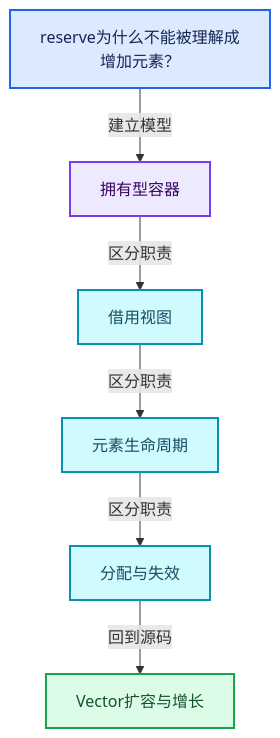
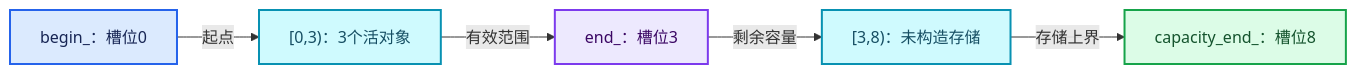
Before and after one commit to yunkezengren/blender-.vscode: the first of 5 diagrams in 杂/markdown/全面学习-codex/01-基础容器与现代CPP/10-Vector扩容与增长.md, drawn with Mermaid. The commit also changed other lines of this file and 1930 other files, not shown here.

````diff
--- a/杂/markdown/全面学习-codex/01-基础容器与现代CPP/10-Vector扩容与增长.md
+++ b/杂/markdown/全面学习-codex/01-基础容器与现代CPP/10-Vector扩容与增长.md
@@ -61,20 +58,18 @@
 ```mermaid
-flowchart TB
-  Q["reserve为什么不能被理解成增加元素？"]:::input
-  C0["拥有型容器"]:::abstraction
-  C1["借用视图"]:::data
-  C2["元素生命周期"]:::data
-  C3["分配与失效"]:::data
-  R["Vector扩容与增长"]:::result
-  Q -->|"建立模型"| C0
-  C0 -->|"区分职责"| C1
-  C1 -->|"区分职责"| C2
-  C2 -->|"区分职责"| C3
-  C3 -->|"回到源码"| R
+flowchart LR
+  B["begin_：槽位0"]:::input
+  L["[0,3)：3个活对象"]:::data
+  E["end_：槽位3"]:::abstraction
+  U["[3,8)：未构造存储"]:::data
+  C["capacity_end_：槽位8"]:::result
+  B -->|"起点"| L
+  L -->|"有效范围"| E
+  E -->|"剩余容量"| U
+  U -->|"存储上界"| C
   classDef input fill:#DBEAFE,stroke:#2563EB,color:#172554,stroke-width:2px;
   classDef data fill:#CFFAFE,stroke:#0891B2,color:#164E63,stroke-width:2px;
   classDef abstraction fill:#EDE9FE,stroke:#7C3AED,color:#3B0764,stroke-width:2px;
   classDef compute fill:#FEF3C7,stroke:#D97706,color:#78350F,stroke-width:2px;
   classDef result fill:#DCFCE7,stroke:#16A34A,color:#14532D,stroke-width:2px;
   classDef error fill:#FEE2E2,stroke:#DC2626,color:#7F1D1D,stroke-width:2px;
 ```
````
